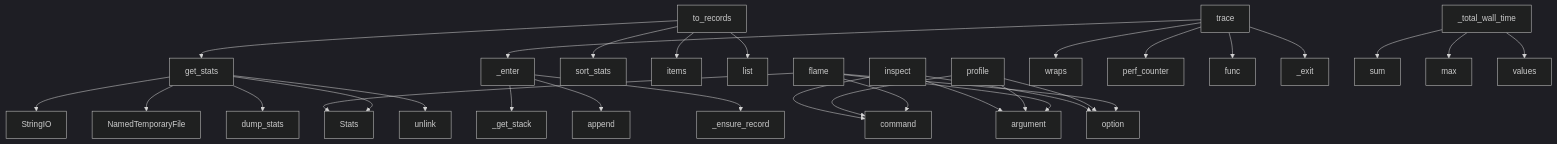
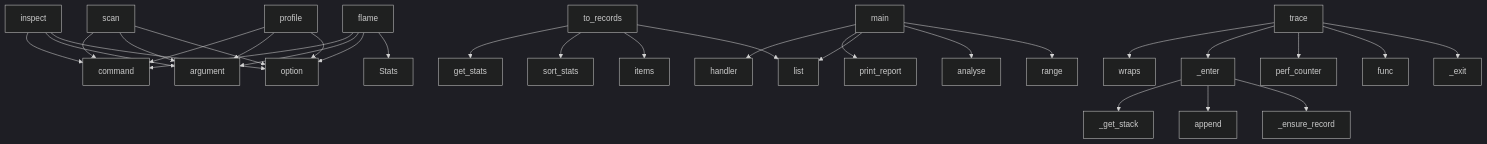
One commit to semcod/metrun changed the diagram in project/context.md. Above: the diagram before and after it, drawn with Mermaid (dark theme). The commit also changed other lines of this file and 48 other files, not shown here.

````diff
--- a/project/context.md
+++ b/project/context.md
@@ -410,33 +420,33 @@
 ```mermaid
 graph TD
     inspect --> command
     inspect --> argument
     inspect --> option
+    scan --> command
+    scan --> argument
+    scan --> option
     to_records --> get_stats
     to_records --> sort_stats
     to_records --> items
     to_records --> list
     profile --> command
     profile --> argument
     profile --> option
     flame --> command
     flame --> argument
     flame --> option
     flame --> Stats
+    main --> handler
+    main --> print_report
+    main --> list
+    main --> analyse
+    main --> range
     _enter --> _get_stack
     _enter --> append
     _enter --> _ensure_record
     trace --> wraps
     trace --> _enter
     trace --> perf_counter
     trace --> func
     trace --> _exit
-    get_stats --> StringIO
-    get_stats --> NamedTemporaryFile
-    get_stats --> dump_stats
-    get_stats --> Stats
-    get_stats --> unlink
-    _total_wall_time --> sum
-    _total_wall_time --> max
-    _total_wall_time --> values
 ```
````
